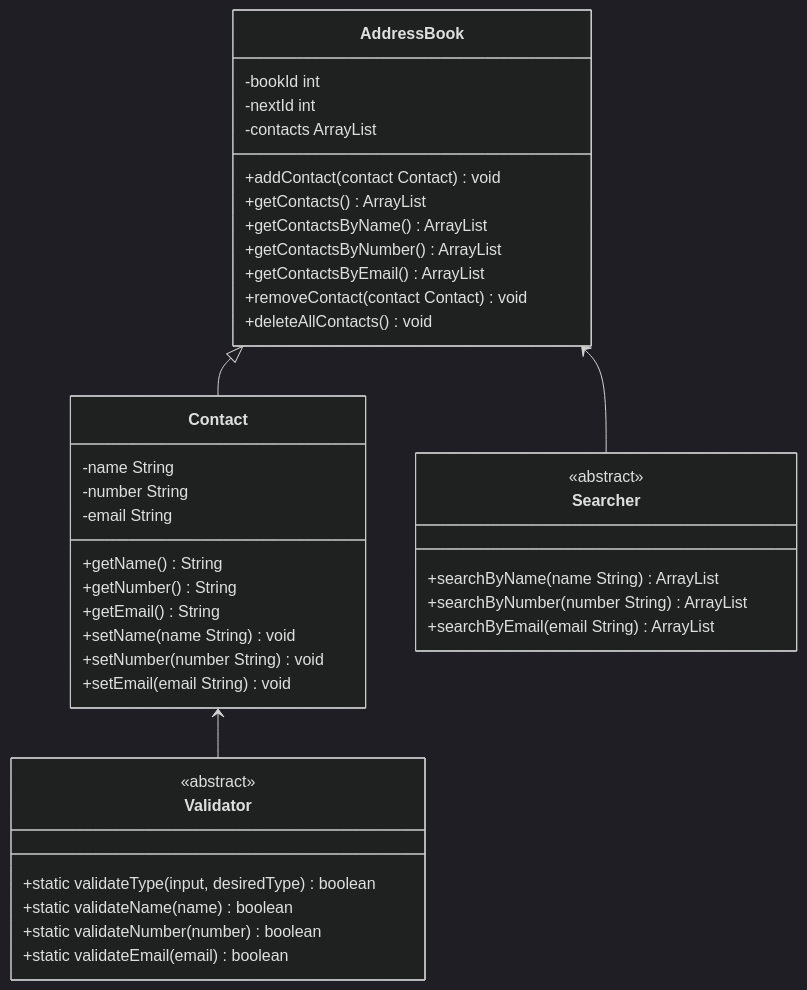
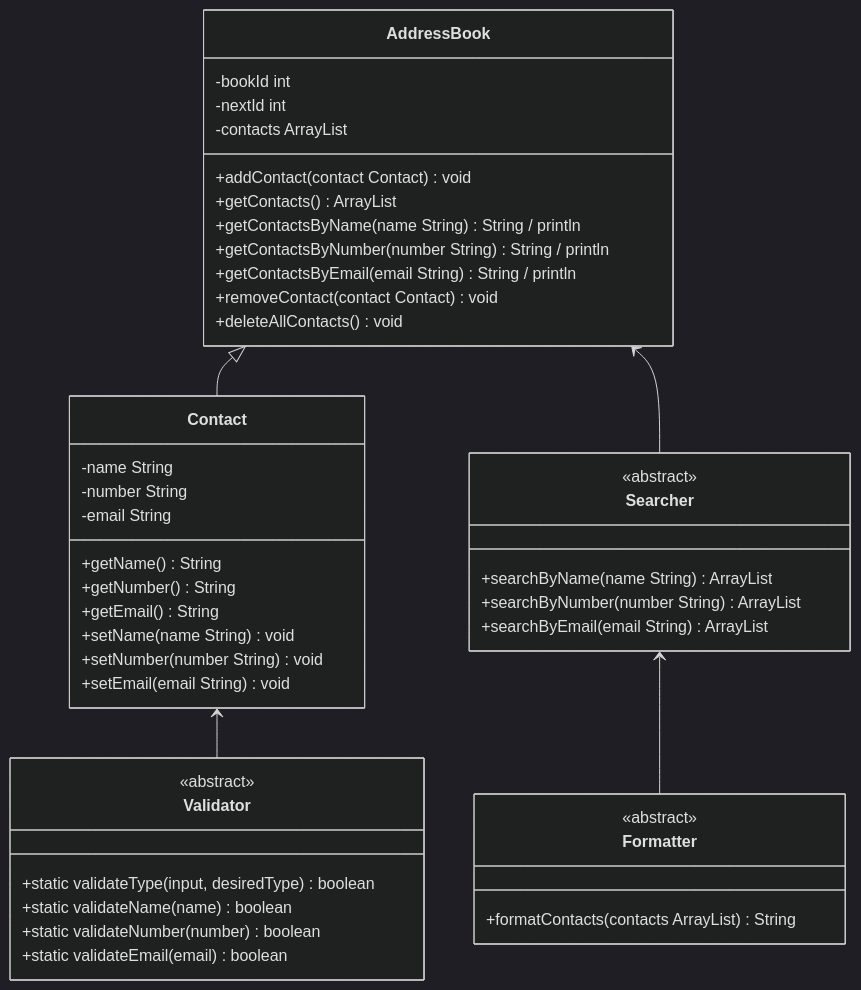
Before and after one commit to retcon1/dfa-challenge-3-address-book: the diagram in docs/domain-models-test-plan.md, drawn with Mermaid (dark theme). The commit also changed 2 other files, not shown here.

Commit message:
feat: adds removeContact test, adds code to pass

````diff
--- a/docs/domain-models-test-plan.md
+++ b/docs/domain-models-test-plan.md
@@ -43,46 +43,52 @@
 ```mermaid
 classDiagram
     class AddressBook {
         -bookId int
         -nextId int
         -contacts ArrayList<Contact>
         +addContact(contact Contact) void
         +getContacts() ArrayList<Contact>
-        +getContactsByName() ArrayList<Contact>
-        +getContactsByNumber() ArrayList<Contact>
-        +getContactsByEmail() ArrayList<Contact>
+        +getContactsByName(name String) String / println
+        +getContactsByNumber(number String) String / println
+        +getContactsByEmail(email String) String / println
         +removeContact(contact Contact) void
         +deleteAllContacts() void
     }
     
     class Contact {
         -name String
         -number String
         -email String
         +getName() String
         +getNumber() String
         +getEmail() String
         +setName(name String) void
         +setNumber(number String) void
         +setEmail(email String) void
     }
     
     class Validator {
         <<abstract>>
         +static validateType(input, desiredType) boolean
         +static validateName(name) boolean
         +static validateNumber(number) boolean
         +static validateEmail(email) boolean
     }
     
     class Searcher {
         <<abstract>>
         +searchByName(name String) ArrayList<Contact>
         +searchByNumber(number String) ArrayList<Contact>
         +searchByEmail(email String) ArrayList<Contact>
     }
     
+    class Formatter {
+        <<abstract>>
+        +formatContacts(contacts ArrayList) String
+    }
+    
     AddressBook <|-- Contact
     AddressBook <-- Searcher
+    Searcher <-- Formatter
     Contact <-- Validator
 ```
````
